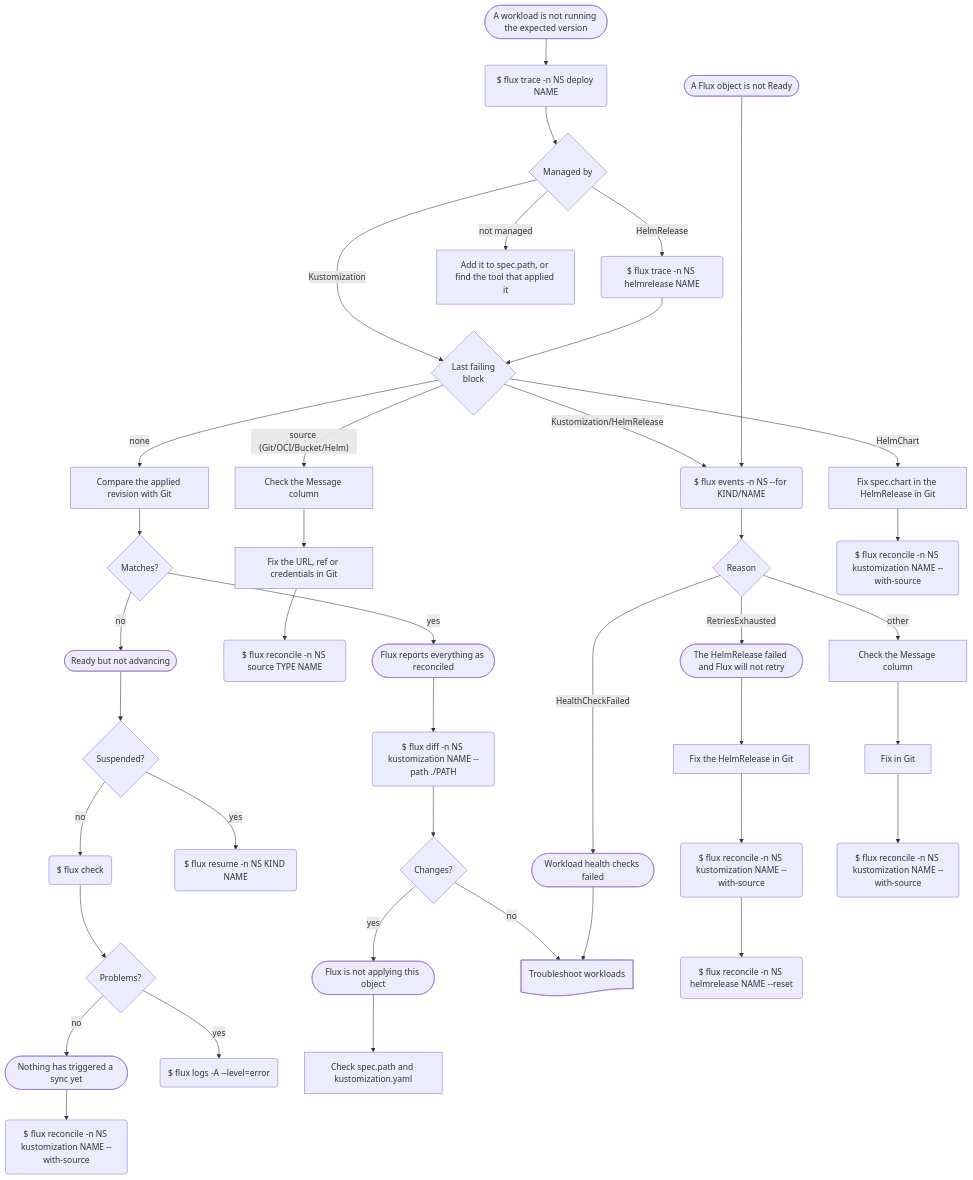
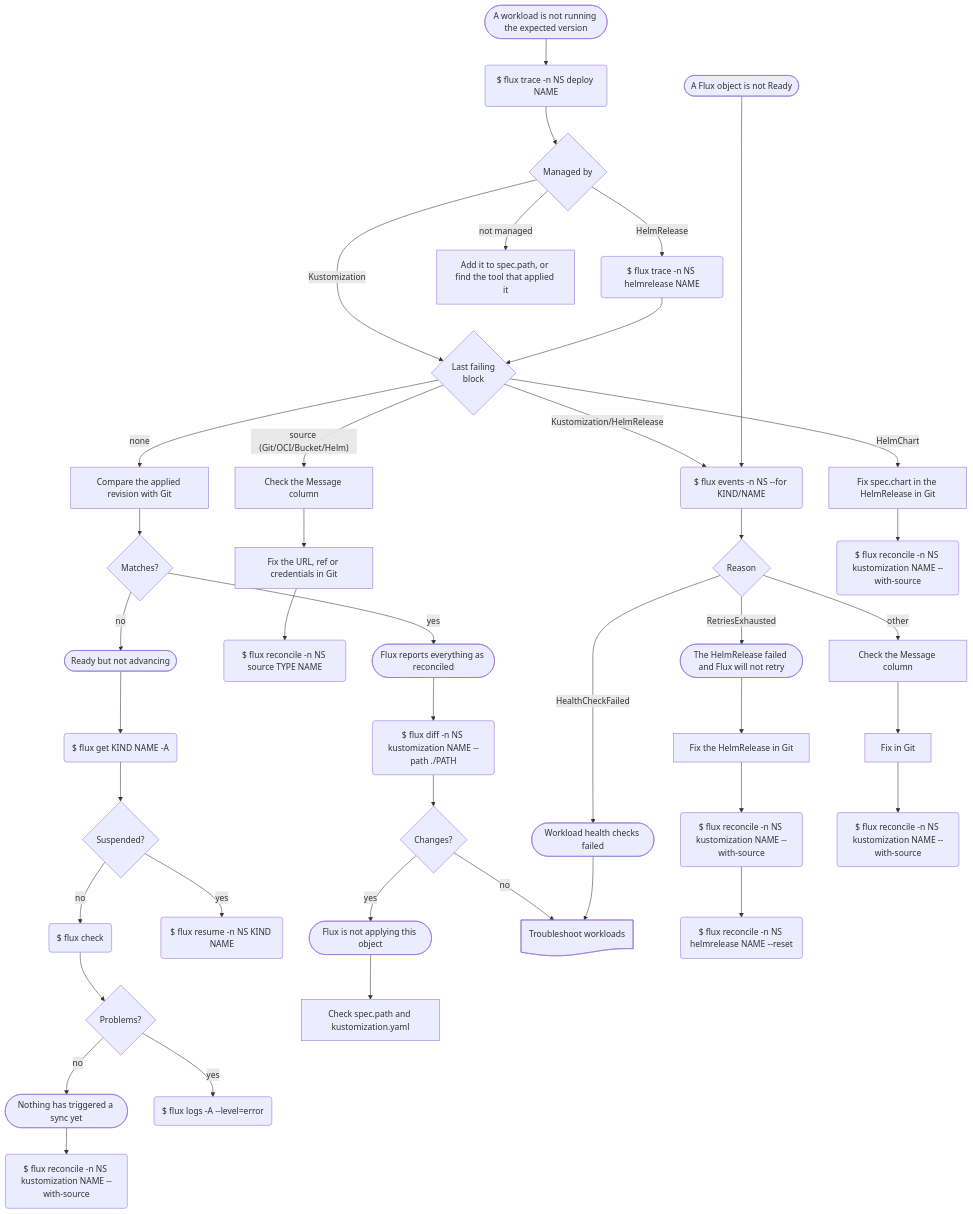
The diagram in diagrams/flux.mmd (nth-root/flowcharts), drawn with Mermaid before and after one commit.

Commit message:
Run `flux get` to see if anything is suspended

```diff
--- a/diagrams/flux.mmd
+++ b/diagrams/flux.mmd
@@ -1,46 +1,46 @@
 %% SPDX-FileCopyrightText: 2026 Nth Root Software Consultancy
 %% SPDX-License-Identifier: CC-BY-4.0
 
 flowchart TD
     Reported([A workload is not running the expected version]):::situation --> Trace
     Trace($ flux trace -n NS deploy NAME):::cmd
 
     Trace --> Owned{Managed by}:::choice
 
     NotReady([A Flux object is not Ready]):::situation
     NotReady ~~~ Owned
 
     Owned -->|Kustomization| FailingObject{Last failing<br>block}:::choice
     Owned -->|HelmRelease| TraceHelmRelease($ flux trace -n NS helmrelease NAME):::cmd --> FailingObject
     Owned -->|not managed| Unmanaged[Add it to spec.path, or find the tool that applied it]
 
     FailingObject -->|none| CheckRevision[Compare the applied revision with Git]
 
     CheckRevision --> Matches{Matches?}:::choice
-    Matches -->|no| NotAdvancing([Ready but not advancing]):::situation
+    Matches -->|no| NotAdvancing([Ready but not advancing]):::situation --> FluxGet($ flux get KIND NAME -A):::cmd
 
-    NotAdvancing --> Suspended{Suspended?}:::choice
+    FluxGet --> Suspended{Suspended?}:::choice
     Suspended -->|no| FluxCheck($ flux check):::cmd --> FluxUnhealthy{Problems?}:::choice
     Suspended -->|yes| Resume($ flux resume -n NS KIND NAME):::cmd
 
     Resume ~~~ FluxUnhealthy
 
     FluxUnhealthy -->|no| NoSyncTriggered([Nothing has triggered a sync yet]):::situation --> ReconcileStale($ flux reconcile -n NS kustomization NAME --with-source):::cmd
     FluxUnhealthy -->|yes| FluxLogs($ flux logs -A --level=error):::cmd
 
     FailingObject -->|"source (Git/OCI/Bucket/Helm)"| NonReadySource[Check the Message column]
     NonReadySource --> FixSource[Fix the URL, ref or credentials in Git] --> ReconcileSource($ flux reconcile -n NS source TYPE NAME):::cmd
 
     FailingObject -->|Kustomization/HelmRelease| GetEvents($ flux events -n NS --for KIND/NAME):::cmd
 
     Matches -->|yes| Reconciled([Flux reports everything as reconciled]):::situation --> DiffKustomization($ flux diff -n NS kustomization NAME --path ./PATH):::cmd --> Changes{Changes?}:::choice
     Changes -->|yes| NotApplied([Flux is not applying this object]):::situation --> CheckKustomization[Check spec.path and kustomization.yaml]
     Changes -->|no| CheckPodIssues:::ref@{ shape: doc, label: "Troubleshoot workloads" }
 
     NotReady --> GetEvents
     GetEvents --> Reason{Reason}:::choice
     Reason -->|RetriesExhausted| RetriesExhausted([The HelmRelease failed and Flux will not retry]):::situation --> FixHelmRelease[Fix the HelmRelease in Git] --> ReconcileHelmKustomization("$ flux reconcile -n NS kustomization NAME --with-source"):::cmd --> ReconcileHelmRelease("$ flux reconcile -n NS helmrelease NAME --reset"):::cmd
     Reason -->|HealthCheckFailed| HealthCheckFailed([Workload health checks failed]):::situation --> CheckPodIssues
     Reason -->|other| CheckMessage[Check the Message column] --> FixIssue[Fix in Git] --> Reconcile($ flux reconcile -n NS kustomization NAME --with-source):::cmd
 
     FailingObject -->|HelmChart| FixChart[Fix spec.chart in the HelmRelease in Git] --> ReconcileChart($ flux reconcile -n NS kustomization NAME --with-source):::cmd
```
